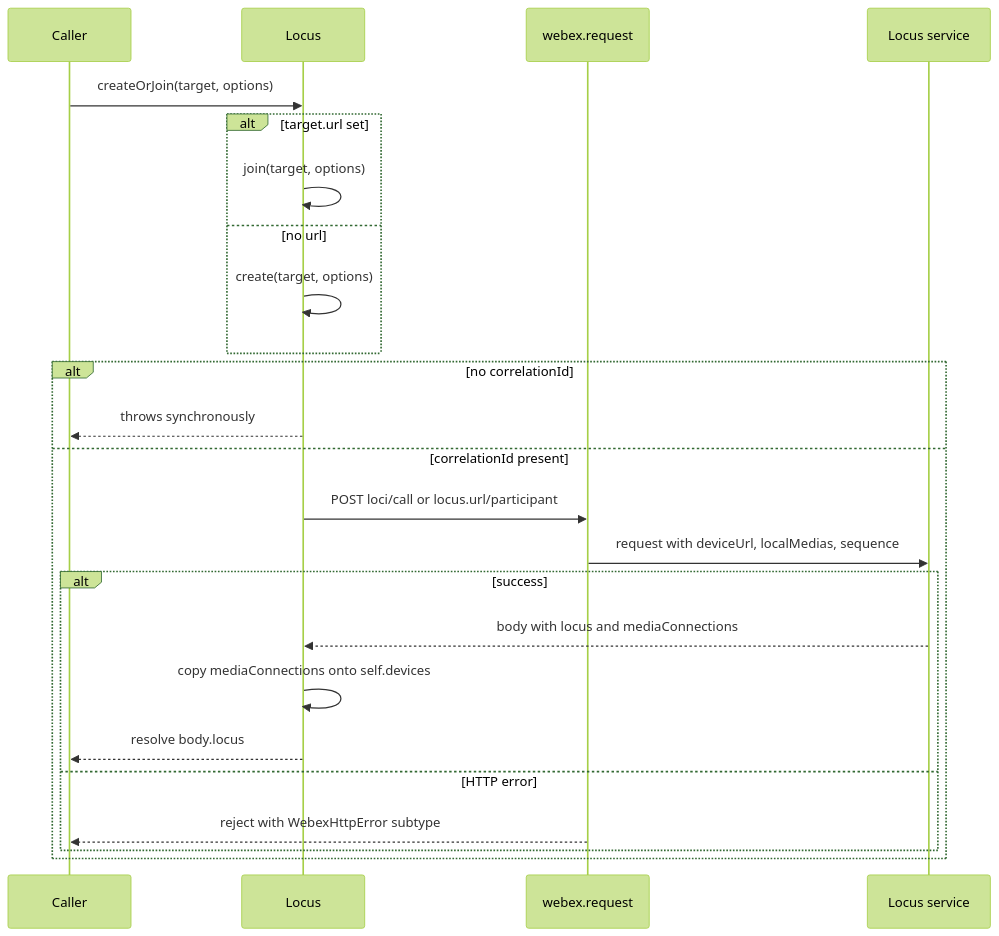
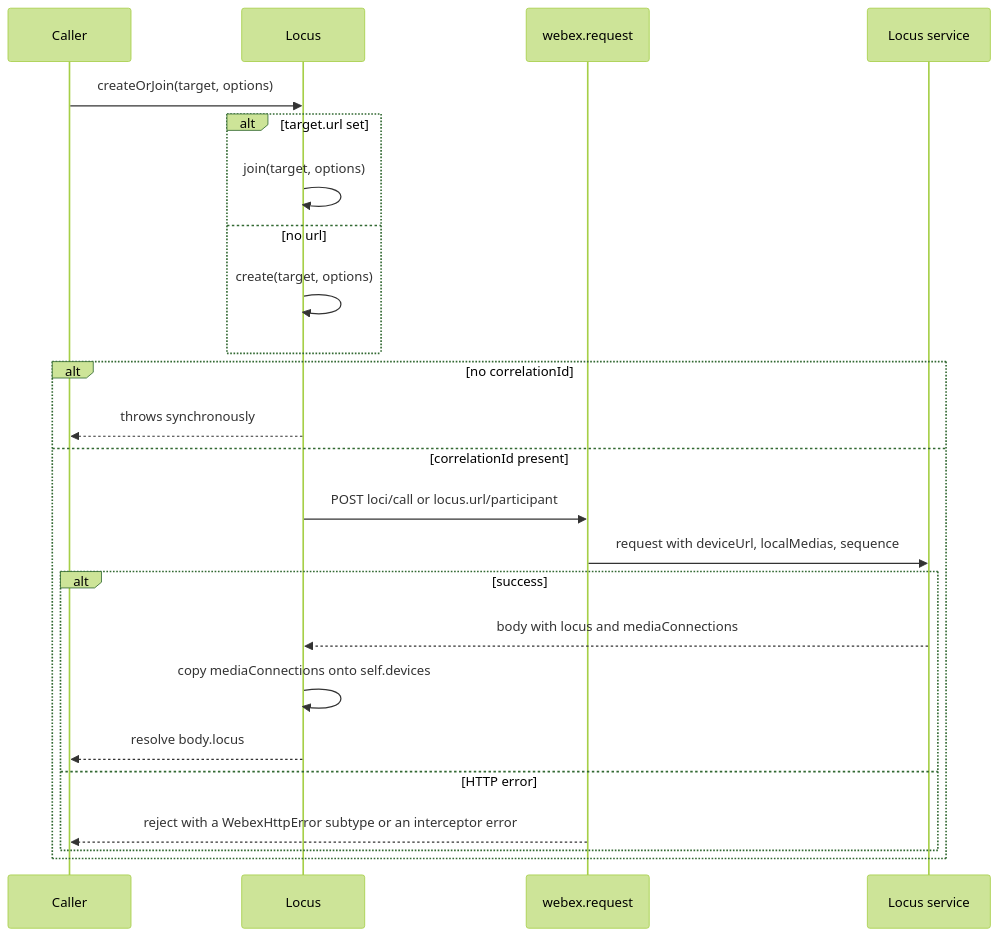
One commit to webex/webex-js-sdk changed the first of 5 diagrams in packages/@webex/internal-plugin-locus/src/docs/README.md. Above: the diagram before and after it, drawn with Mermaid (forest theme). The commit also changed other lines of this file and 3 other files, not shown here.

````diff
--- a/packages/@webex/internal-plugin-locus/src/docs/README.md
+++ b/packages/@webex/internal-plugin-locus/src/docs/README.md
@@ -203,26 +203,26 @@
 ```mermaid
 sequenceDiagram
   participant Caller
   participant Locus
   participant Request as webex.request
   participant Service as Locus service
   Caller->>Locus: createOrJoin(target, options)
   alt target.url set
     Locus->>Locus: join(target, options)
   else no url
     Locus->>Locus: create(target, options)
   end
   alt no correlationId
     Locus-->>Caller: throws synchronously
   else correlationId present
     Locus->>Request: POST loci/call or locus.url/participant
     Request->>Service: request with deviceUrl, localMedias, sequence
     alt success
       Service-->>Locus: body with locus and mediaConnections
       Locus->>Locus: copy mediaConnections onto self.devices
       Locus-->>Caller: resolve body.locus
     else HTTP error
-      Request-->>Caller: reject with WebexHttpError subtype
+      Request-->>Caller: reject with a WebexHttpError subtype or an interceptor error
     end
   end
 ```
````
